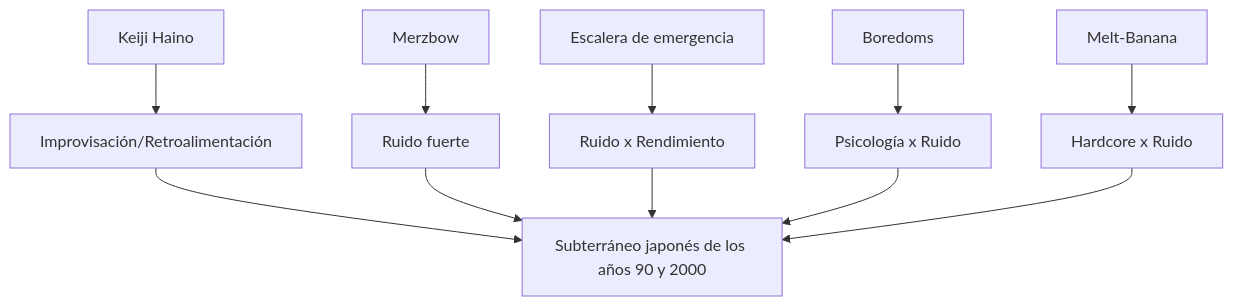
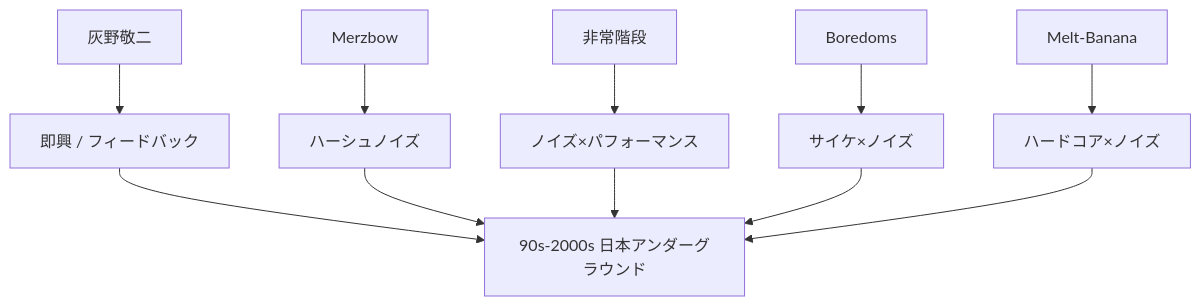
Before and after one commit to monumental-movement/monumental-movement.github.io: the diagram in es/_posts/2025-09-24-Column-Japanese-Underground-Rock-Noise.md, drawn with Mermaid. The commit also changed other lines of this file and 299 other files, not shown here.

```diff
--- a/es/_posts/2025-09-24-Column-Japanese-Underground-Rock-Noise.md
+++ b/es/_posts/2025-09-24-Column-Japanese-Underground-Rock-Noise.md
@@ -145,13 +145,13 @@
 <div class="mermaid">
 flowchart TD
-    A["Keiji Haino"] --> B["Improvisación/Retroalimentación"]
-    C["Merzbow"] --> D["Ruido fuerte"]
-    E["Escalera de emergencia"] --> F["Ruido x Rendimiento"]
-    G["Boredoms"] --> H["Psicología x Ruido"]
-    I["Melt-Banana"] --> J["Hardcore x Ruido"]
-    B --> Z["Subterráneo japonés de los años 90 y 2000"]
+    A["灰野敬二"] --> B["即興 / フィードバック"]
+    C["Merzbow"] --> D["ハーシュノイズ"]
+    E["非常階段"] --> F["ノイズ×パフォーマンス"]
+    G["Boredoms"] --> H["サイケ×ノイズ"]
+    I["Melt-Banana"] --> J["ハードコア×ノイズ"]
+    B --> Z["90s-2000s 日本アンダーグラウンド"]
     D --> Z
     F --> Z
     H --> Z
     J --> Z
 </div>
```
